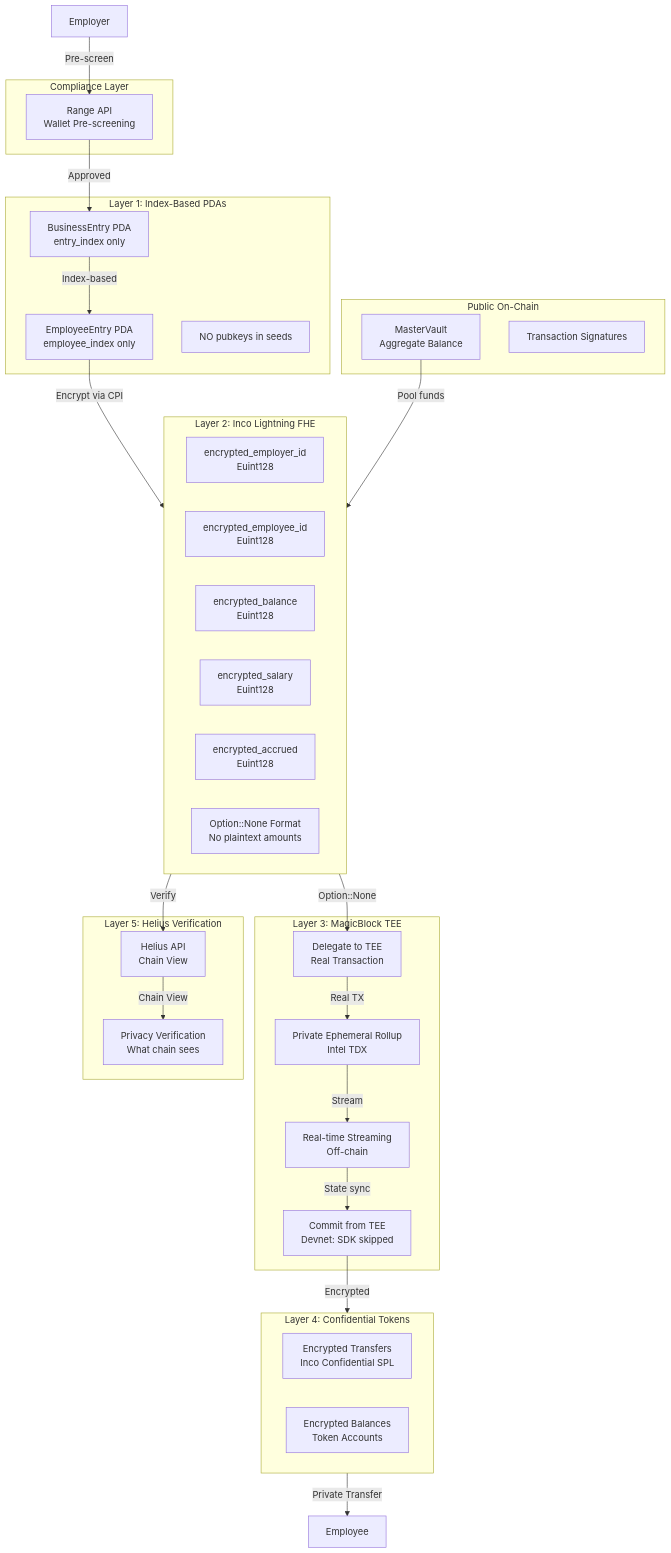
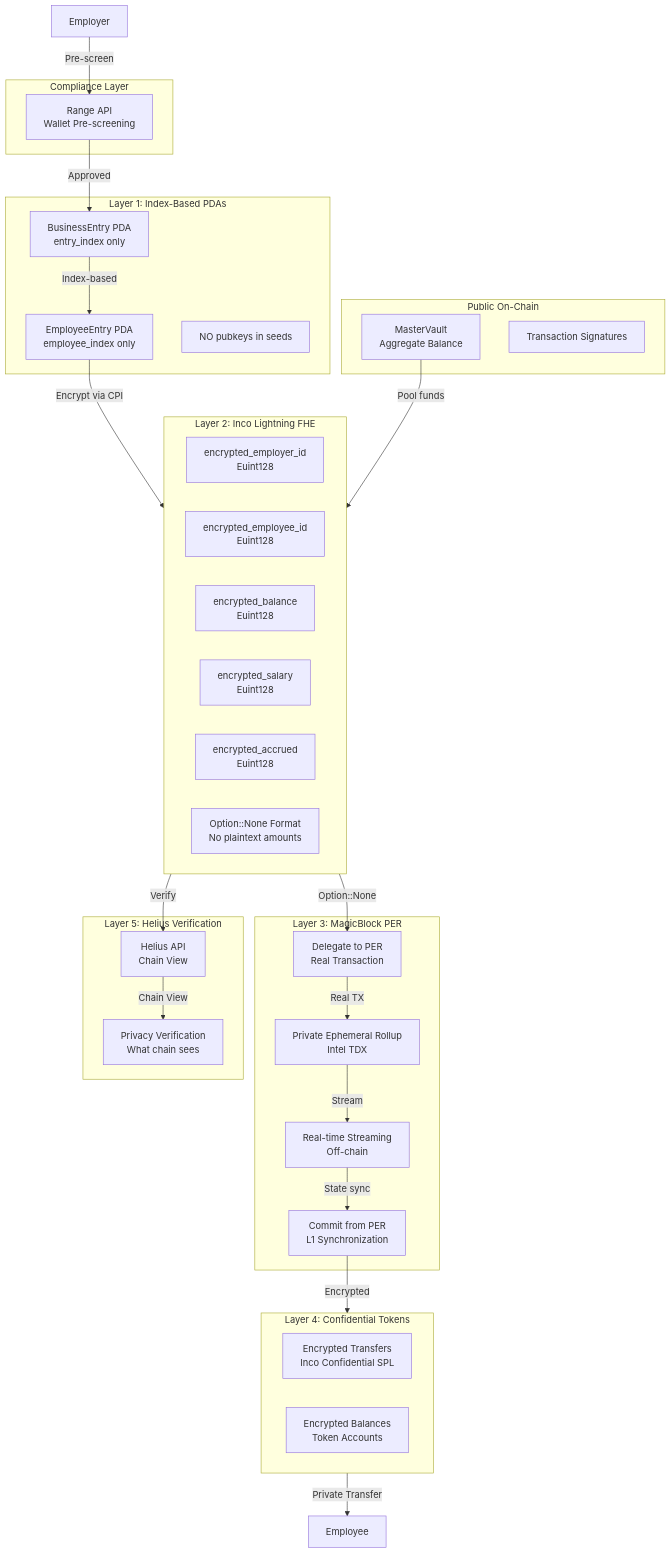
The diagram in README.md (ConejoCapital/Bagel), drawn with Mermaid before and after one commit. The commit also changed other lines of this file and 1 other file, not shown here.

````diff
--- a/README.md
+++ b/README.md
@@ -50,57 +50,57 @@
 ```mermaid
 flowchart TB
     subgraph Compliance[Compliance Layer]
         RANGE[Range API<br/>Wallet Pre-screening]
     end
 
     subgraph Layer1[Layer 1: Index-Based PDAs]
         PDA1[BusinessEntry PDA<br/>entry_index only]
         PDA2[EmployeeEntry PDA<br/>employee_index only]
         NOID[NO pubkeys in seeds]
     end
 
     subgraph Layer2[Layer 2: Inco Lightning FHE]
         EID[encrypted_employer_id<br/>Euint128]
         EMID[encrypted_employee_id<br/>Euint128]
         EBAL[encrypted_balance<br/>Euint128]
         ESAL[encrypted_salary<br/>Euint128]
         EACC[encrypted_accrued<br/>Euint128]
         OPTNONE[Option::None Format<br/>No plaintext amounts]
     end
 
-    subgraph Layer3[Layer 3: MagicBlock TEE]
-        DELEGATE[Delegate to TEE<br/>Real Transaction]
+    subgraph Layer3[Layer 3: MagicBlock PER]
+        DELEGATE[Delegate to PER<br/>Real Transaction]
         TEE[Private Ephemeral Rollup<br/>Intel TDX]
         STREAM[Real-time Streaming<br/>Off-chain]
-        COMMIT[Commit from TEE<br/>Devnet: SDK skipped]
+        COMMIT[Commit from PER<br/>L1 Synchronization]
     end
 
     subgraph Layer4[Layer 4: Confidential Tokens]
         ENCTRANS[Encrypted Transfers<br/>Inco Confidential SPL]
         ENCBAL[Encrypted Balances<br/>Token Accounts]
     end
 
     subgraph Layer5[Layer 5: Helius Verification]
         HELIUS[Helius API<br/>Chain View]
         VERIFY[Privacy Verification<br/>What chain sees]
     end
 
     subgraph Public[Public On-Chain]
         MV[MasterVault<br/>Aggregate Balance]
         TX[Transaction Signatures]
     end
 
     Employer -->|Pre-screen| RANGE
     RANGE -->|Approved| PDA1
     PDA1 -->|Index-based| PDA2
     PDA2 -->|Encrypt via CPI| Layer2
     Layer2 -->|Option::None| DELEGATE
     DELEGATE -->|Real TX| TEE
     TEE -->|Stream| STREAM
     STREAM -->|State sync| COMMIT
     COMMIT -->|Encrypted| Layer4
     Layer4 -->|Private Transfer| Employee
     Layer2 -->|Verify| HELIUS
     HELIUS -->|Chain View| VERIFY
     MV -->|Pool funds| Layer2
 ```
````
